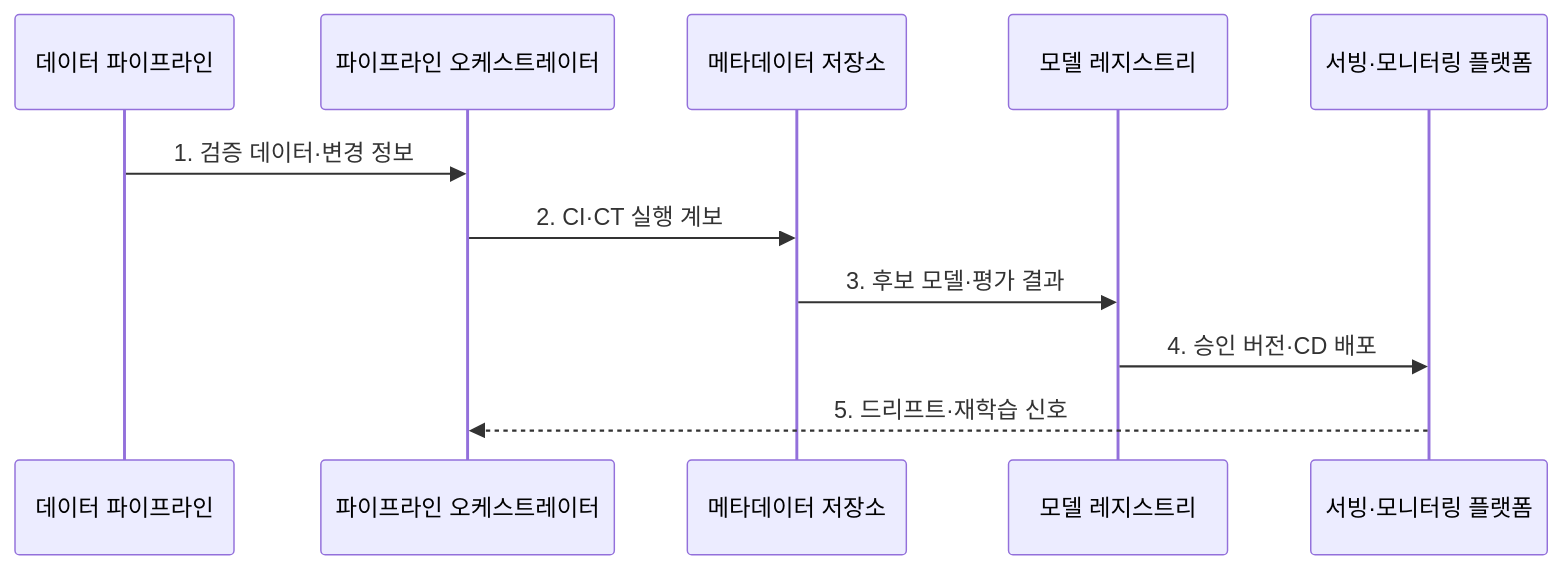
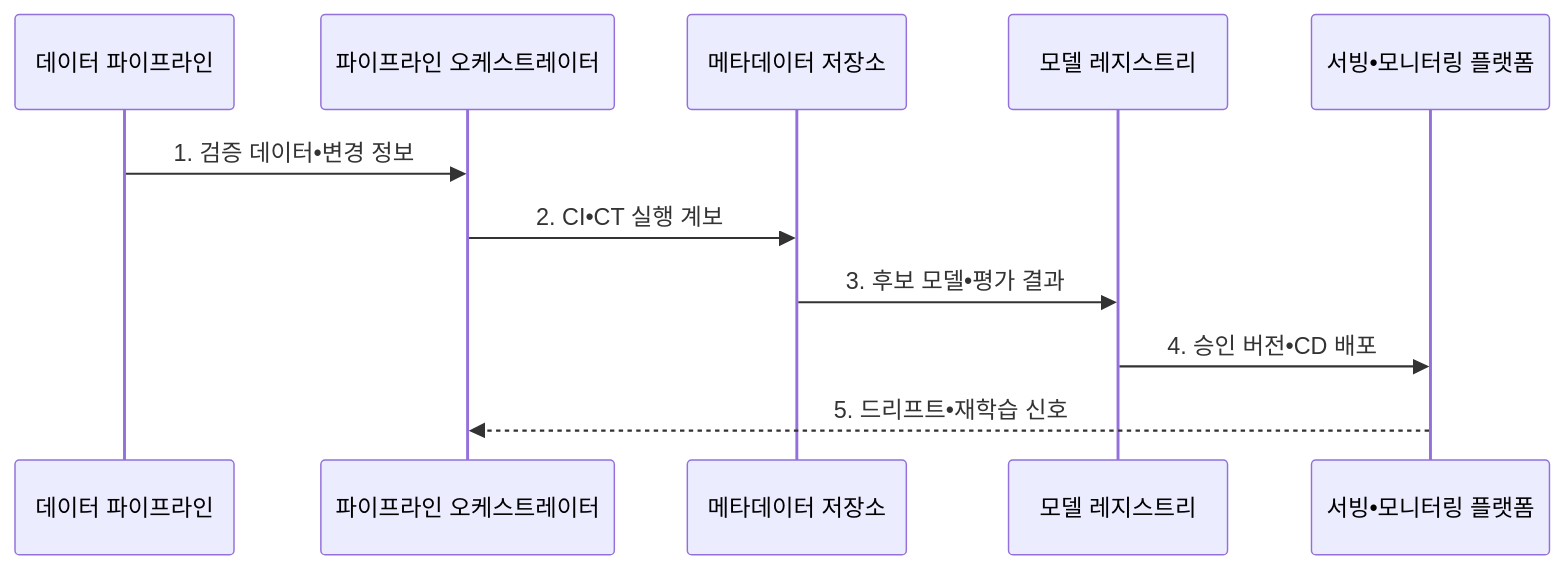
Before and after one commit to agnusdei1207/knowledge-base: the second of 2 diagrams in src/content/docs/notes/08-latest-tech/128_mlops.md, drawn with Mermaid. The commit also changed other lines of this file and 953 other files, not shown here.

````diff
--- a/src/content/docs/notes/08-latest-tech/128_mlops.md
+++ b/src/content/docs/notes/08-latest-tech/128_mlops.md
@@ -106,13 +106,13 @@
 ```mermaid
 sequenceDiagram
   participant D as 데이터 파이프라인
   participant O as 파이프라인 오케스트레이터
   participant M as 메타데이터 저장소
   participant R as 모델 레지스트리
-  participant S as 서빙·모니터링 플랫폼
-  D->>O: 1. 검증 데이터·변경 정보
-  O->>M: 2. CI·CT 실행 계보
-  M->>R: 3. 후보 모델·평가 결과
-  R->>S: 4. 승인 버전·CD 배포
-  S-->>O: 5. 드리프트·재학습 신호
+  participant S as 서빙•모니터링 플랫폼
+  D->>O: 1. 검증 데이터•변경 정보
+  O->>M: 2. CI•CT 실행 계보
+  M->>R: 3. 후보 모델•평가 결과
+  R->>S: 4. 승인 버전•CD 배포
+  S-->>O: 5. 드리프트•재학습 신호
 ```
````
